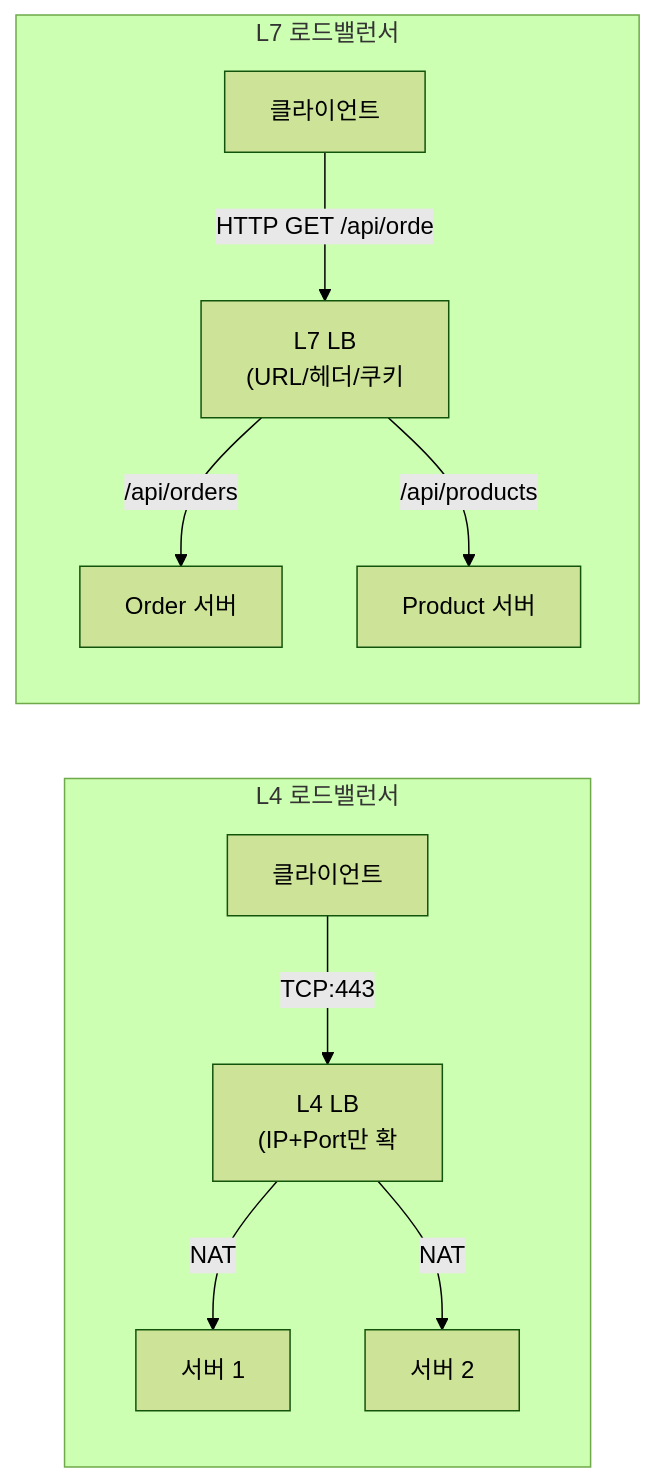
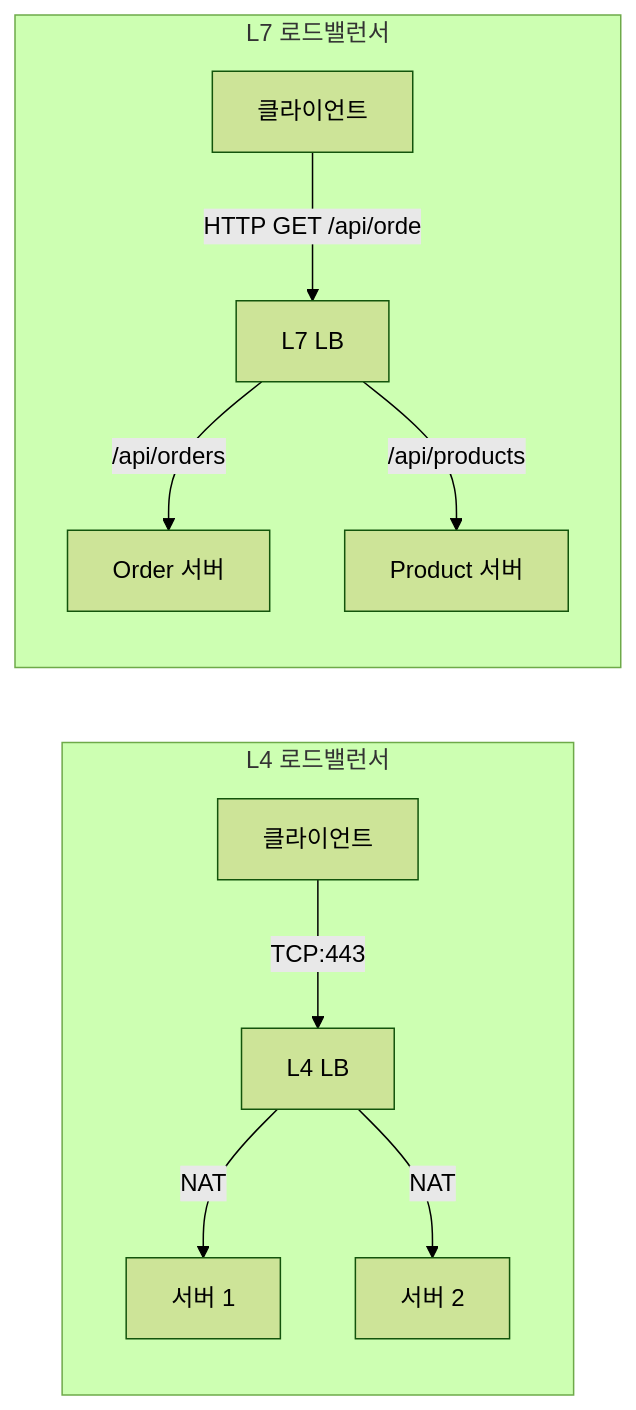
Before and after one commit to yjkim2015/yjkim2015.github.io: the second of 8 diagrams in _posts/network/2026-05-01-load-balancer.md, drawn with Mermaid (forest theme). The commit also changed other lines of this file and 217 other files, not shown here.

First line of the commit message:
Mermaid 크기 수정: useMaxWidth:true + SVG max-width:100% + 라벨 축소

````diff
--- a/_posts/network/2026-05-01-load-balancer.md
+++ b/_posts/network/2026-05-01-load-balancer.md
@@ -141,13 +141,13 @@
 ```mermaid
 graph LR
     subgraph "L4 로드밸런서"
-        C1["클라이언트"] -->|"TCP:443"| L4LB["L4 LB\n(IP+Port만 확"]
+        C1["클라이언트"] -->|"TCP:443"| L4LB["L4 LB"]
         L4LB -->|"NAT"| S1A["서버 1"]
         L4LB -->|"NAT"| S1B["서버 2"]
     end
     subgraph "L7 로드밸런서"
-        C2["클라이언트"] -->|"HTTP GET /api/orde"| L7LB["L7 LB\n(URL/헤더/쿠키"]
+        C2["클라이언트"] -->|"HTTP GET /api/orde"| L7LB["L7 LB"]
         L7LB -->|"/api/orders"| S2A["Order 서버"]
         L7LB -->|"/api/products"| S2B["Product 서버"]
     end
 ```
````
